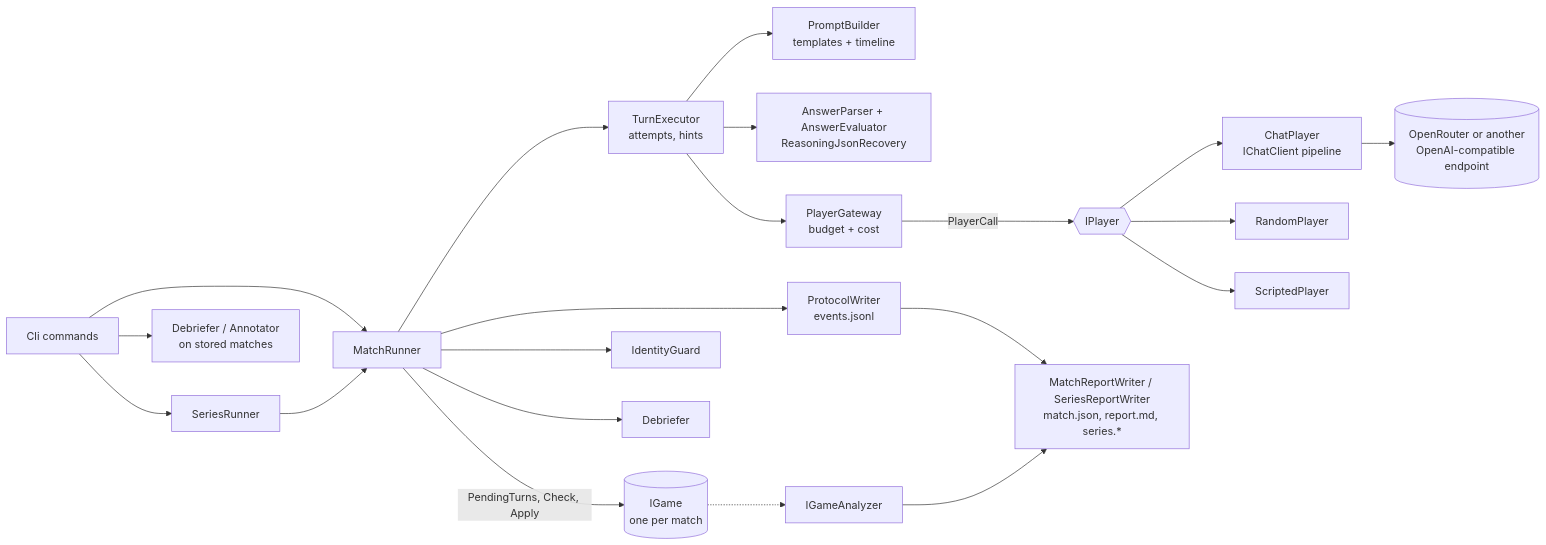
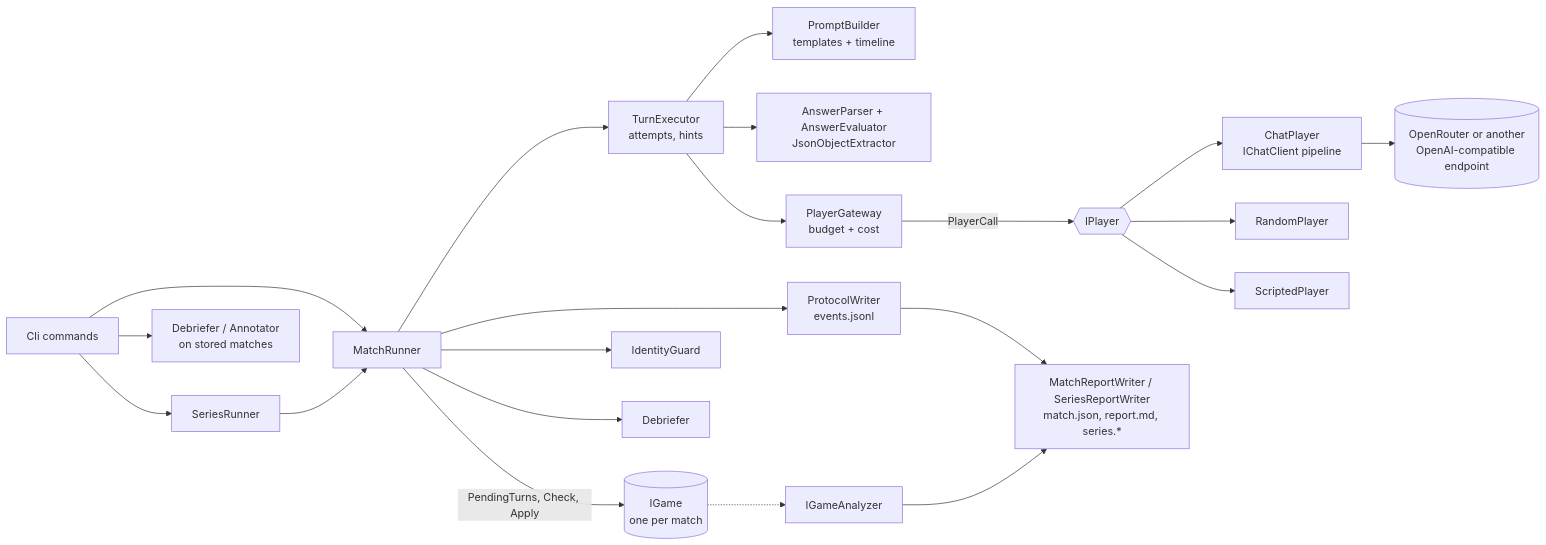
One commit to chr0mcom/LLM-Shootout changed the first of 3 diagrams in docs/architecture.md. Above: the diagram before and after it, drawn with Mermaid. The commit also changed other lines of this file and 45 other files, not shown here.

````diff
--- a/docs/architecture.md
+++ b/docs/architecture.md
@@ -18,23 +18,23 @@
 ```mermaid
 flowchart LR
   CLI[Cli commands] --> Series[SeriesRunner]
   CLI --> Runner[MatchRunner]
   CLI --> Deb2[Debriefer / Annotator<br/>on stored matches]
   Series --> Runner
   Runner -->|PendingTurns, Check, Apply| Game[(IGame<br/>one per match)]
   Runner --> Exec[TurnExecutor<br/>attempts, hints]
   Exec --> Prompts[PromptBuilder<br/>templates + timeline]
-  Exec --> Parser[AnswerParser + AnswerEvaluator<br/>ReasoningJsonRecovery]
+  Exec --> Parser[AnswerParser + AnswerEvaluator<br/>JsonObjectExtractor]
   Exec --> Gate[PlayerGateway<br/>budget + cost]
   Gate -->|PlayerCall| Players{{IPlayer}}
   Players --> Chat[ChatPlayer<br/>IChatClient pipeline]
   Players --> Random[RandomPlayer]
   Players --> Script[ScriptedPlayer]
   Chat --> OR[(OpenRouter or another<br/>OpenAI-compatible endpoint)]
   Runner --> Guard[IdentityGuard]
   Runner --> Log[ProtocolWriter<br/>events.jsonl]
   Runner --> Debrief[Debriefer]
   Log --> Report[MatchReportWriter / SeriesReportWriter<br/>match.json, report.md, series.*]
   Game -.-> Analyzer[IGameAnalyzer]
   Analyzer --> Report
 ```
````
